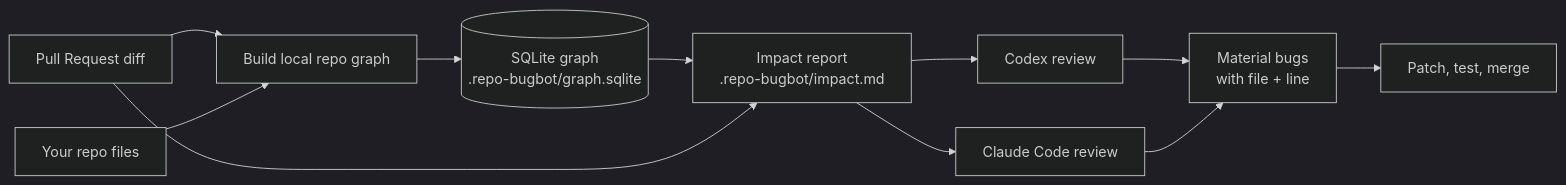
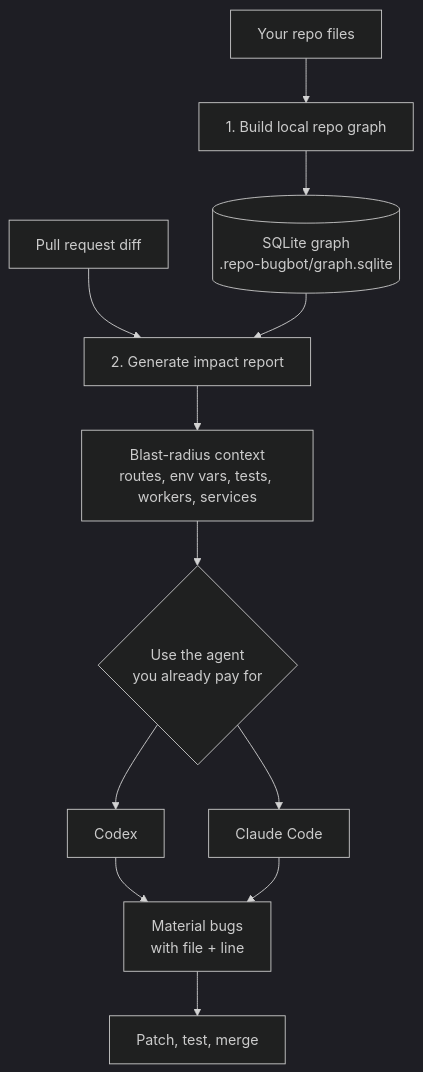
Before and after one commit to samthedataman/free-cursor-bugbot: the diagram in README.md, drawn with Mermaid (dark theme). The commit also changed other lines of this file, not shown here.

Commit message:
Clarify Claude Code support and vertical diagram

````diff
--- a/README.md
+++ b/README.md
@@ -16,13 +16,14 @@
 ```mermaid
-flowchart LR
-    PR["Pull Request diff"] --> Index["Build local repo graph"]
-    Repo["Your repo files"] --> Index
+flowchart TD
+    Repo["Your repo files"] --> Index["1. Build local repo graph"]
     Index --> DB[("SQLite graph<br/>.repo-bugbot/graph.sqlite")]
-    DB --> Impact["Impact report<br/>.repo-bugbot/impact.md"]
-    PR --> Impact
-    Impact --> Codex["Codex review"]
-    Impact --> Claude["Claude Code review"]
+    PR["Pull request diff"] --> Impact["2. Generate impact report"]
+    DB --> Impact
+    Impact --> Context["Blast-radius context<br/>routes, env vars, tests, workers, services"]
+    Context --> Choice{"Use the agent<br/>you already pay for"}
+    Choice --> Codex["Codex"]
+    Choice --> Claude["Claude Code"]
     Codex --> Findings["Material bugs<br/>with file + line"]
     Claude --> Findings
     Findings --> Fix["Patch, test, merge"]
 ```
````
